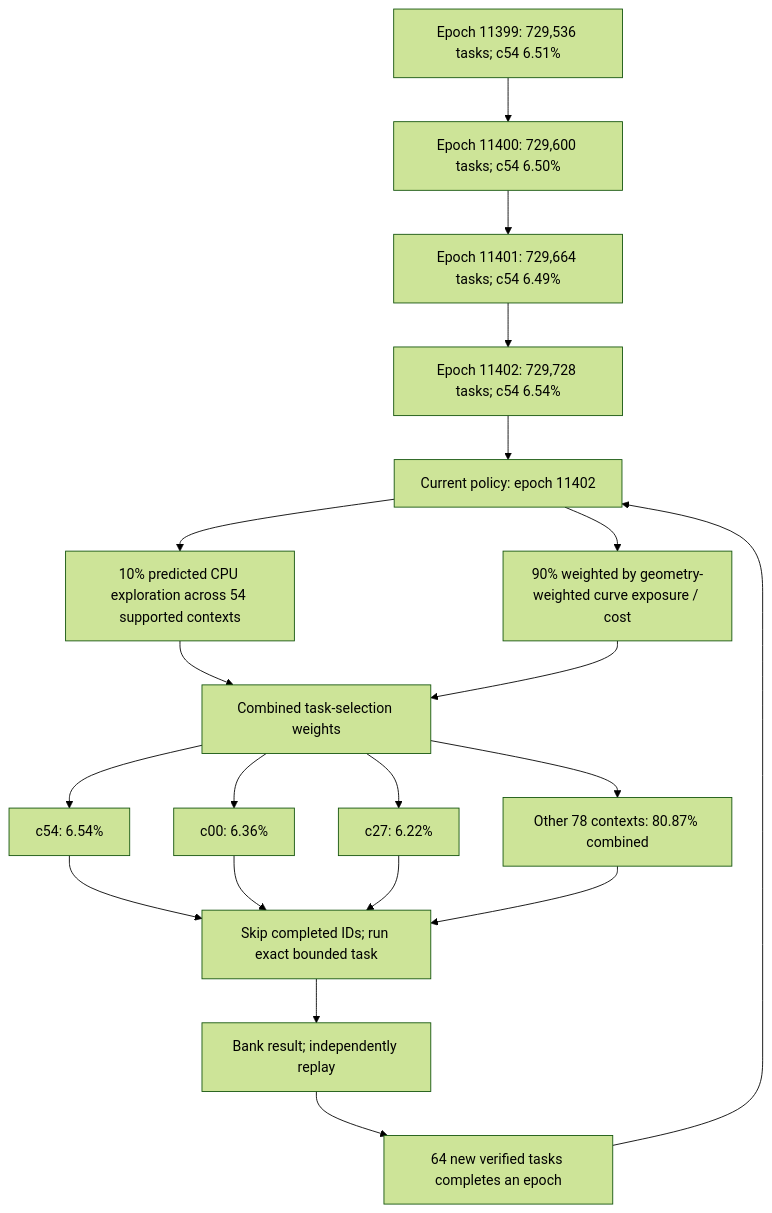
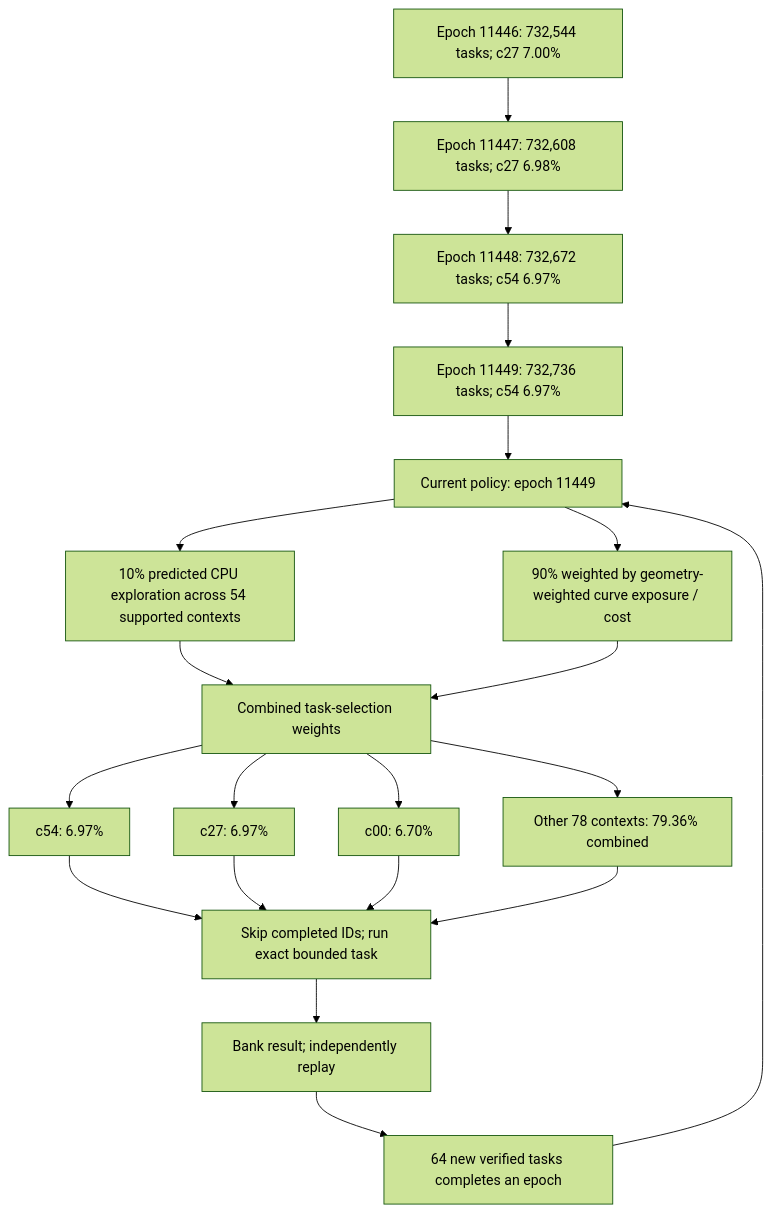
Before and after one commit to Kuberwastaken/math-gambling: the first of 4 diagrams in README.md, drawn with Mermaid (forest theme). The commit also changed other lines of this file and 6266 other files, not shown here.

````diff
--- a/README.md
+++ b/README.md
@@ -60,27 +60,27 @@
 ```mermaid
 flowchart TD
-    H0["Epoch 11399: 729,536 tasks; c54 6.51%"]
-    H1["Epoch 11400: 729,600 tasks; c54 6.50%"]
+    H0["Epoch 11446: 732,544 tasks; c27 7.00%"]
+    H1["Epoch 11447: 732,608 tasks; c27 6.98%"]
     H0 --> H1
-    H2["Epoch 11401: 729,664 tasks; c54 6.49%"]
+    H2["Epoch 11448: 732,672 tasks; c54 6.97%"]
     H1 --> H2
-    H3["Epoch 11402: 729,728 tasks; c54 6.54%"]
+    H3["Epoch 11449: 732,736 tasks; c54 6.97%"]
     H2 --> H3
-    Policy["Current policy: epoch 11402"]
+    Policy["Current policy: epoch 11449"]
     H3 --> Policy
     Policy --> Explore["10% predicted CPU exploration across 54 supported contexts"]
     Policy --> Cost["90% weighted by geometry-weighted curve exposure / cost"]
     Explore --> Mix["Combined task-selection weights"]
     Cost --> Mix
-    Mix --> C0["c54: 6.54%"]
-    Mix --> C1["c00: 6.36%"]
-    Mix --> C2["c27: 6.22%"]
-    Mix --> Rest["Other 78 contexts: 80.87% combined"]
+    Mix --> C0["c54: 6.97%"]
+    Mix --> C1["c27: 6.97%"]
+    Mix --> C2["c00: 6.70%"]
+    Mix --> Rest["Other 78 contexts: 79.36% combined"]
     C0 --> Check["Skip completed IDs; run exact bounded task"]
     C1 --> Check
     C2 --> Check
     Rest --> Check
     Check --> Replay["Bank result; independently replay"]
     Replay --> Gate["64 new verified tasks completes an epoch"]
     Gate --> Policy
 ```
````
